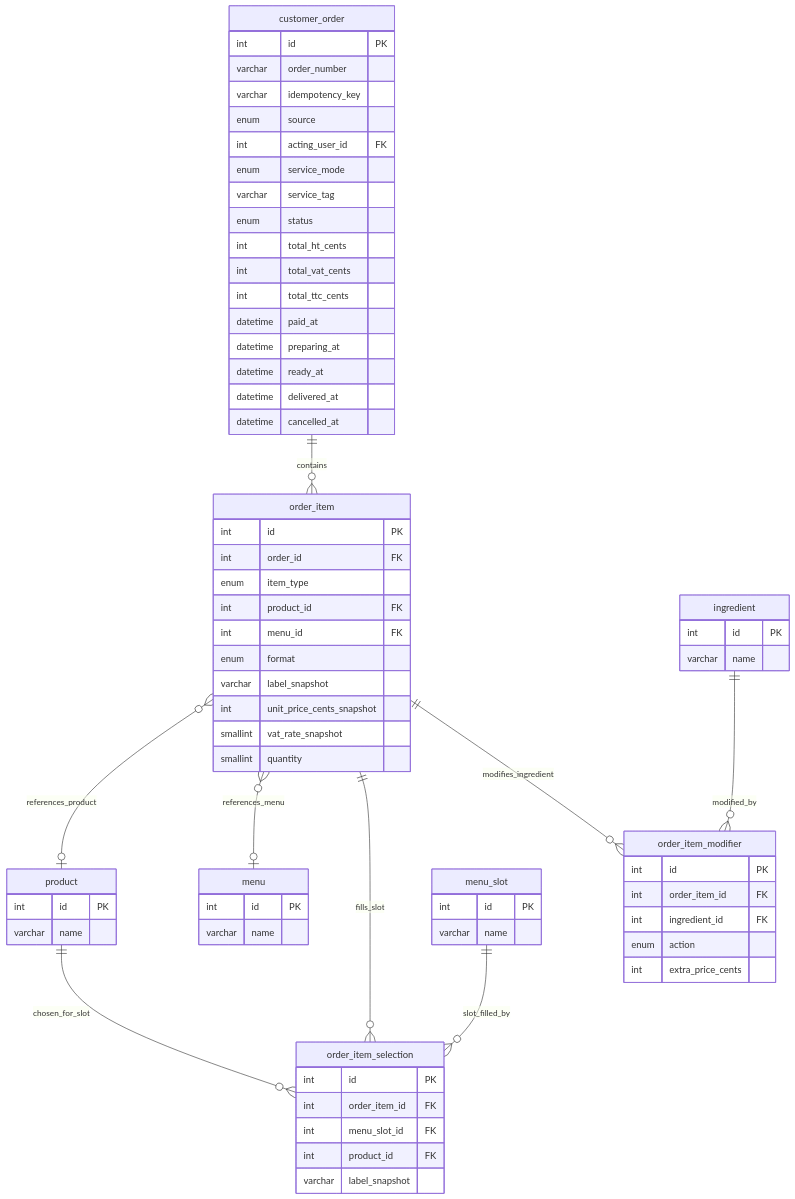
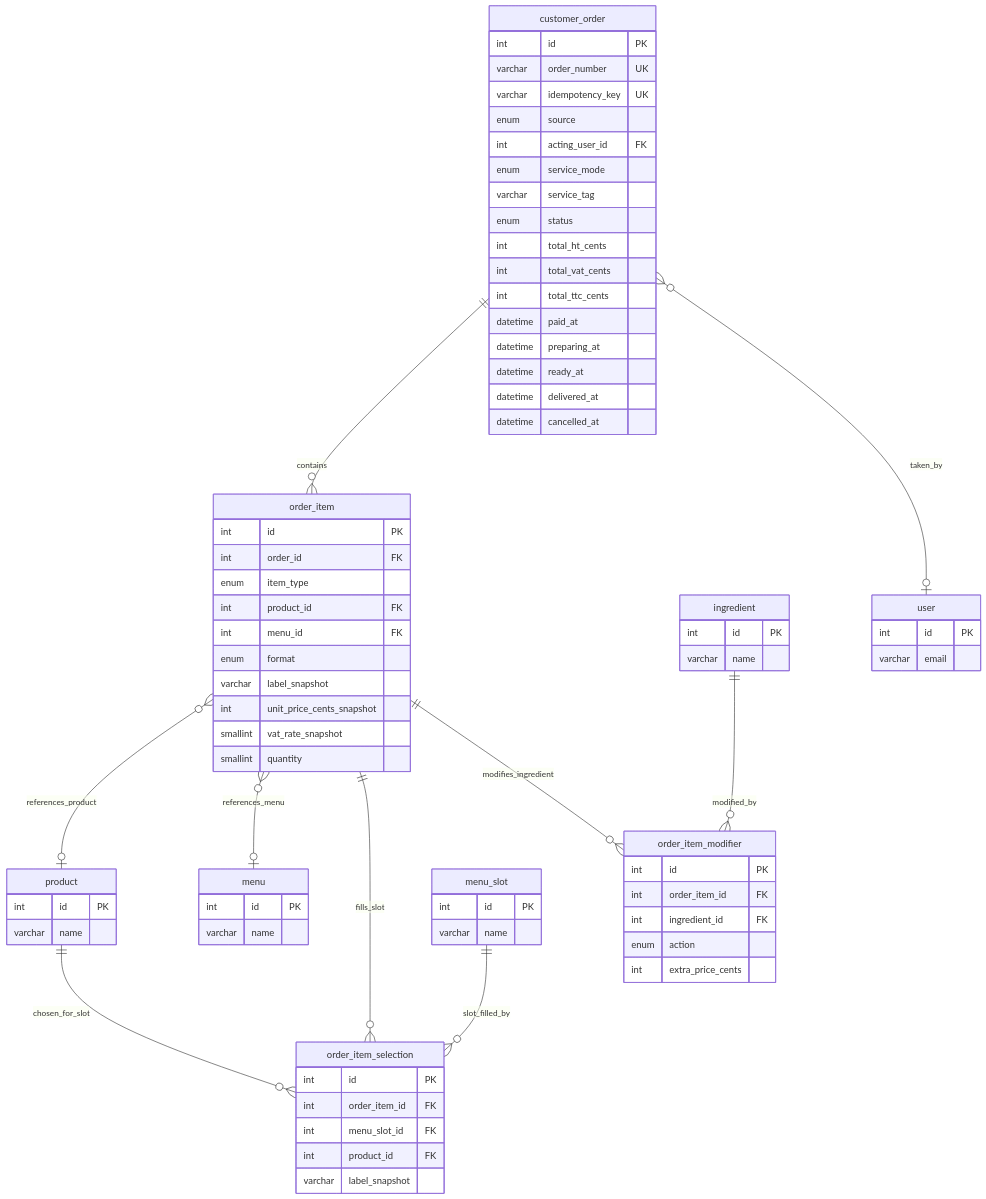
One commit to AcadeNice/wakdo_corentin changed the third of 4 diagrams in docs/merise/mcd.md. Above: the diagram before and after it, drawn with Mermaid. The commit also changed other lines of this file and 30 other files, not shown here.

````diff
--- a/docs/merise/mcd.md
+++ b/docs/merise/mcd.md
@@ -285,72 +290,77 @@
 ```mermaid
 erDiagram
     customer_order {
         int id PK
-        varchar order_number
-        varchar idempotency_key
+        varchar order_number UK
+        varchar idempotency_key UK
         enum source
         int acting_user_id FK
         enum service_mode
         varchar service_tag
         enum status
         int total_ht_cents
         int total_vat_cents
         int total_ttc_cents
         datetime paid_at
         datetime preparing_at
         datetime ready_at
         datetime delivered_at
         datetime cancelled_at
     }
     order_item {
         int id PK
         int order_id FK
         enum item_type
         int product_id FK
         int menu_id FK
         enum format
         varchar label_snapshot
         int unit_price_cents_snapshot
         smallint vat_rate_snapshot
         smallint quantity
     }
     order_item_selection {
         int id PK
         int order_item_id FK
         int menu_slot_id FK
         int product_id FK
         varchar label_snapshot
     }
     order_item_modifier {
         int id PK
         int order_item_id FK
         int ingredient_id FK
         enum action
         int extra_price_cents
     }
     product {
         int id PK
         varchar name
     }
     menu {
         int id PK
         varchar name
     }
     menu_slot {
         int id PK
         varchar name
     }
     ingredient {
         int id PK
         varchar name
     }
+    user {
+        int id PK
+        varchar email
+    }
 
     customer_order ||--o{ order_item : "contains"
     order_item }o--o| product : "references_product"
     order_item }o--o| menu : "references_menu"
     order_item ||--o{ order_item_selection : "fills_slot"
-    order_item ||--o{ order_item_modifier : "modifies_ingredient"
     menu_slot ||--o{ order_item_selection : "slot_filled_by"
     product ||--o{ order_item_selection : "chosen_for_slot"
+    order_item ||--o{ order_item_modifier : "modifies_ingredient"
     ingredient ||--o{ order_item_modifier : "modified_by"
+    customer_order }o--o| user : "taken_by"
 ```
````
